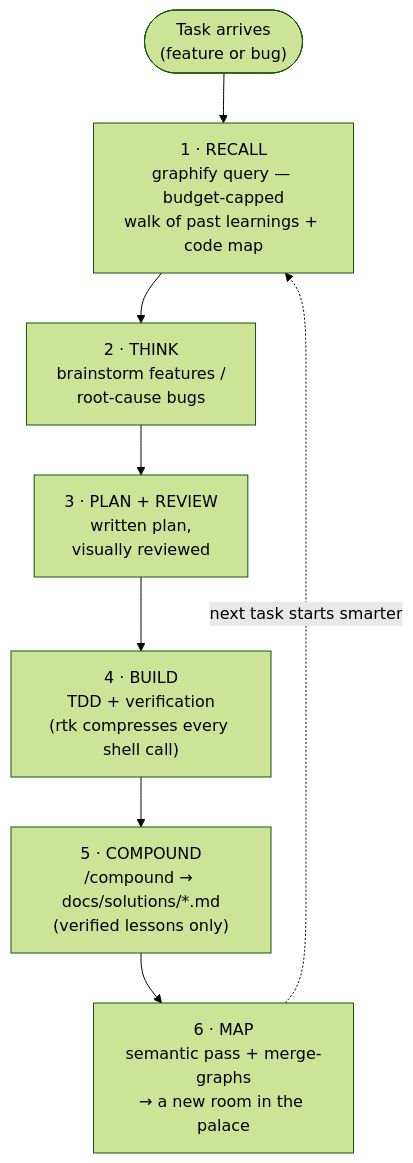
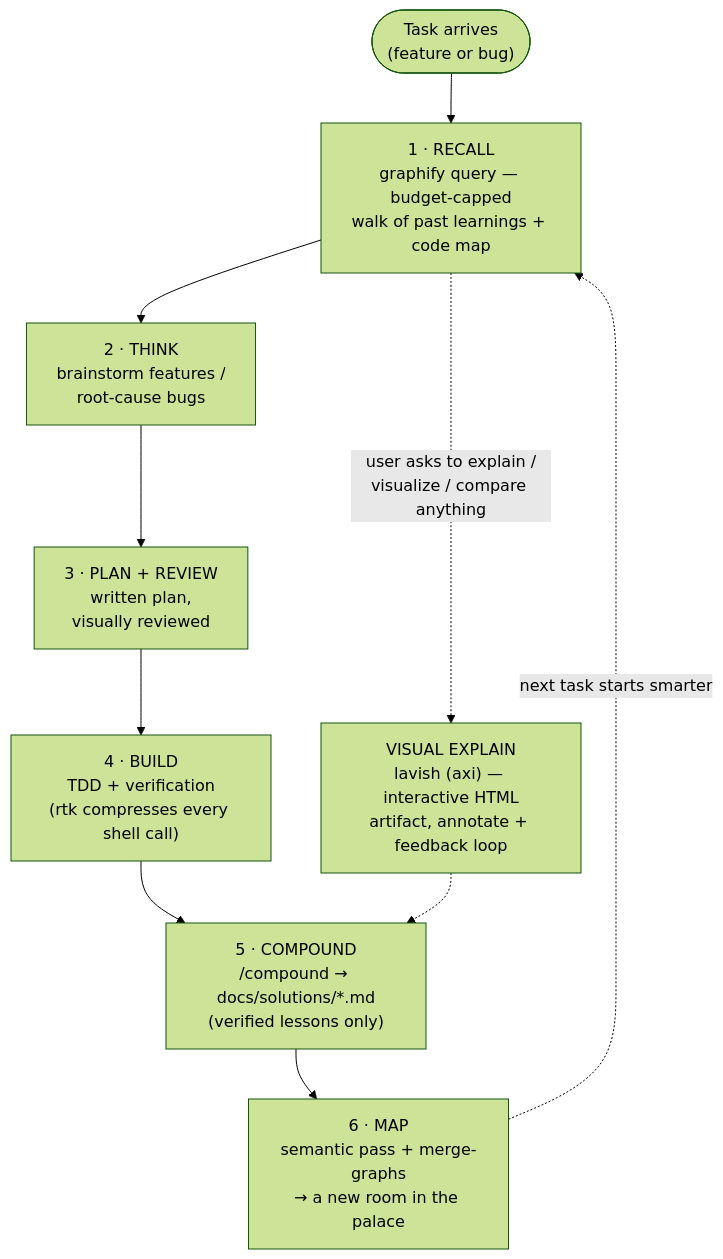
The diagram in README.md (jnebab/loci-flow), drawn with Mermaid (forest theme) before and after one commit. The commit also changed other lines of this file and 3 other files, not shown here.

Commit message:
Route visual explanations through lavish, not just plan reviews

````diff
--- a/README.md
+++ b/README.md
@@ -10,10 +10,12 @@
 ```mermaid
 flowchart TD
     T(["Task arrives<br/>(feature or bug)"]) --> R["1 · RECALL<br/>graphify query — budget-capped<br/>walk of past learnings + code map"]
     R --> TH["2 · THINK<br/>brainstorm features /<br/>root-cause bugs"]
     TH --> P["3 · PLAN + REVIEW<br/>written plan,<br/>visually reviewed"]
     P --> E["4 · BUILD<br/>TDD + verification<br/>(rtk compresses every shell call)"]
     E --> C["5 · COMPOUND<br/>/compound → docs/solutions/*.md<br/>(verified lessons only)"]
     C --> G["6 · MAP<br/>semantic pass + merge-graphs<br/>→ a new room in the palace"]
     G -.->|"next task starts smarter"| R
+    R -. "user asks to explain /<br/>visualize / compare anything" .-> V["VISUAL EXPLAIN<br/>lavish (axi) — interactive HTML<br/>artifact, annotate + feedback loop"]
+    V -.-> C
 ```
````
